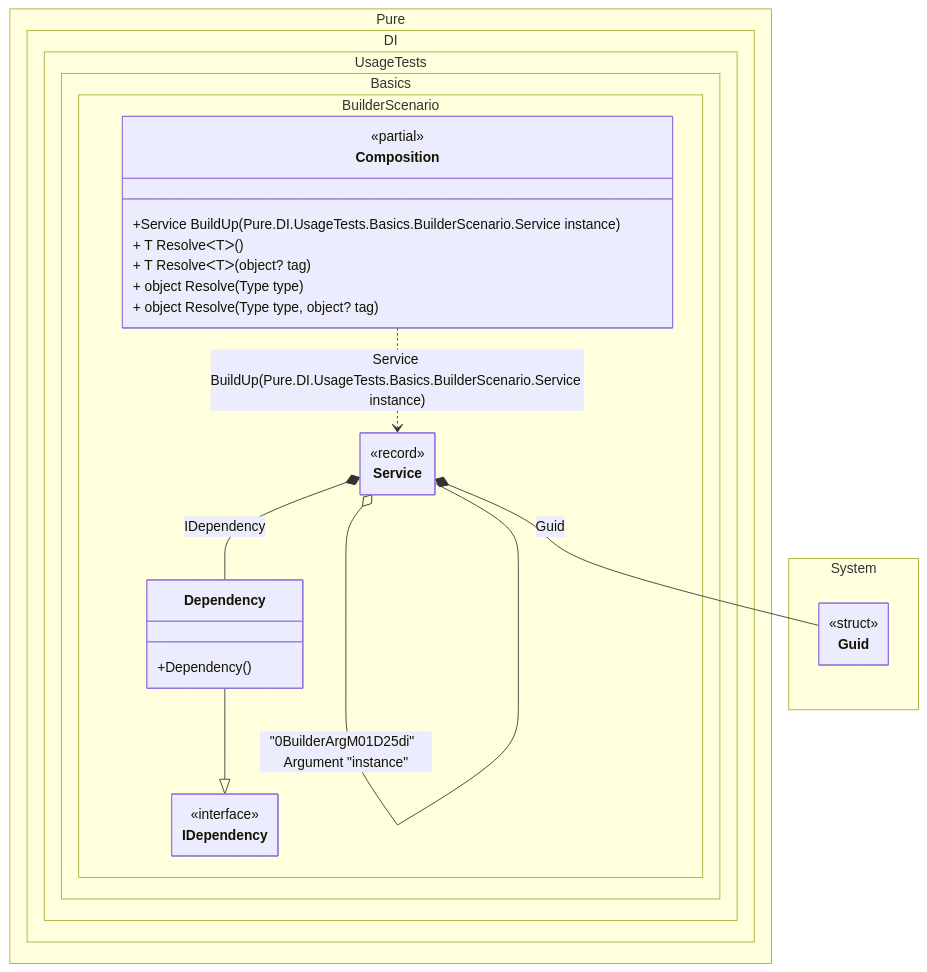
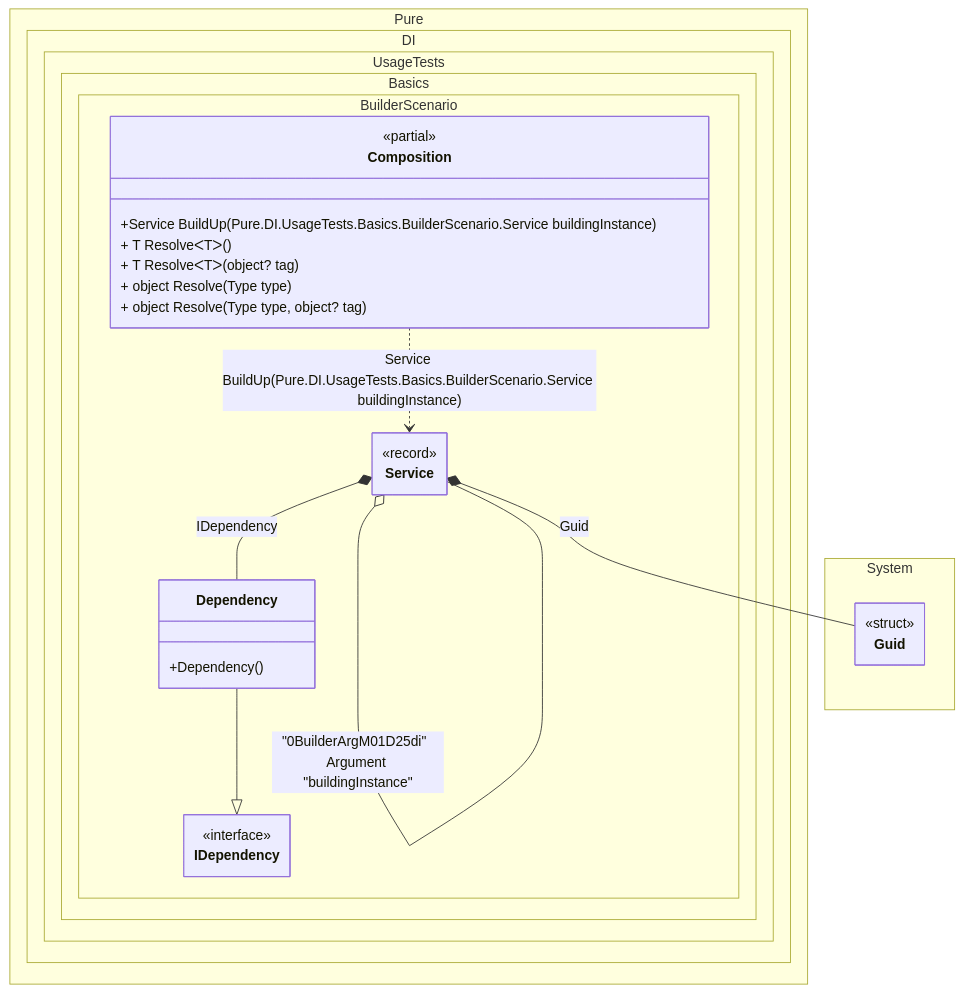
One commit to DevTeam/Pure.DI changed the diagram in readme/builders.md. Above: the diagram before and after it, drawn with Mermaid. The commit also changed other lines of this file and 10 other files, not shown here.

````diff
--- a/readme/builders.md
+++ b/readme/builders.md
@@ -152,37 +154,37 @@
 ```mermaid
 ---
  config:
   class:
    hideEmptyMembersBox: true
 ---
 classDiagram
 	Dependency --|> IDependency
-	Composition ..> Service : Service BuildUp(Pure.DI.UsageTests.Basics.BuilderScenario.Service instance)
-	Service o-- Service : "0BuilderArgM01D25di"  Argument "instance"
+	Composition ..> Service : Service BuildUp(Pure.DI.UsageTests.Basics.BuilderScenario.Service buildingInstance)
+	Service o-- Service : "0BuilderArgM01D25di"  Argument "buildingInstance"
 	Service *--  Dependency : IDependency
 	Service *--  Guid : Guid
 	namespace Pure.DI.UsageTests.Basics.BuilderScenario {
 		class Composition {
 		<<partial>>
-		+Service BuildUp(Pure.DI.UsageTests.Basics.BuilderScenario.Service instance)
+		+Service BuildUp(Pure.DI.UsageTests.Basics.BuilderScenario.Service buildingInstance)
 		+ T ResolveᐸTᐳ()
 		+ T ResolveᐸTᐳ(object? tag)
 		+ object Resolve(Type type)
 		+ object Resolve(Type type, object? tag)
 		}
 		class Dependency {
 			+Dependency()
 		}
 		class IDependency {
 			<<interface>>
 		}
 		class Service {
 			<<record>>
 		}
 	}
 	namespace System {
 		class Guid {
 				<<struct>>
 		}
 	}
 ```
````
